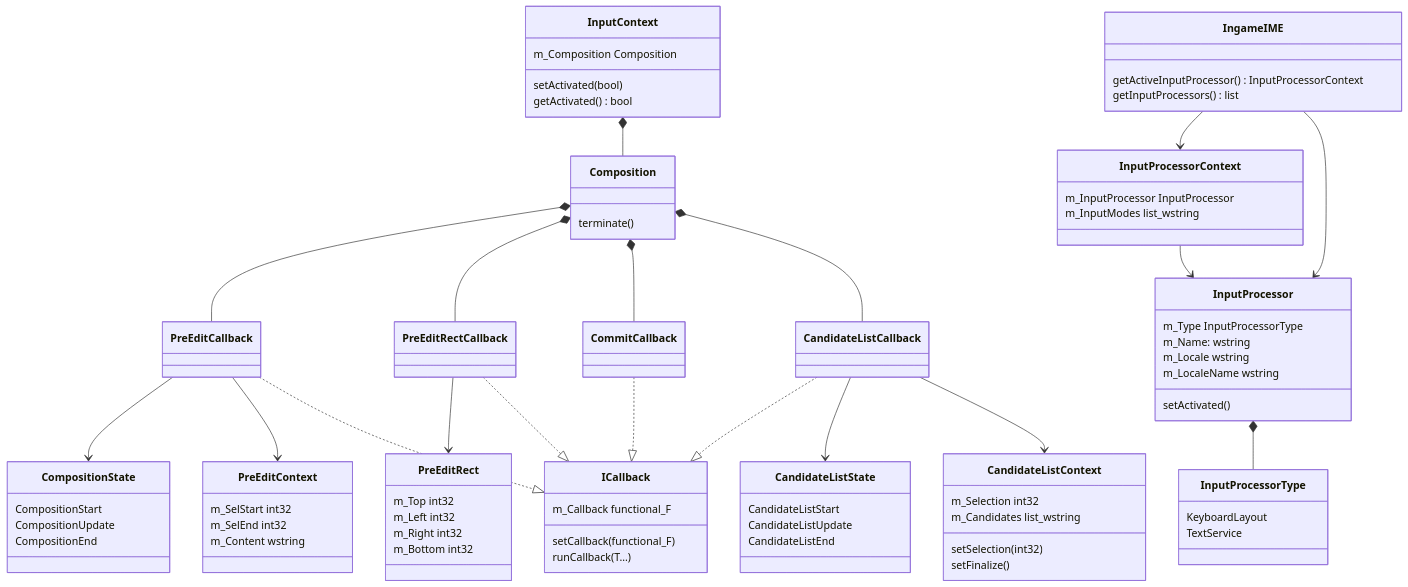
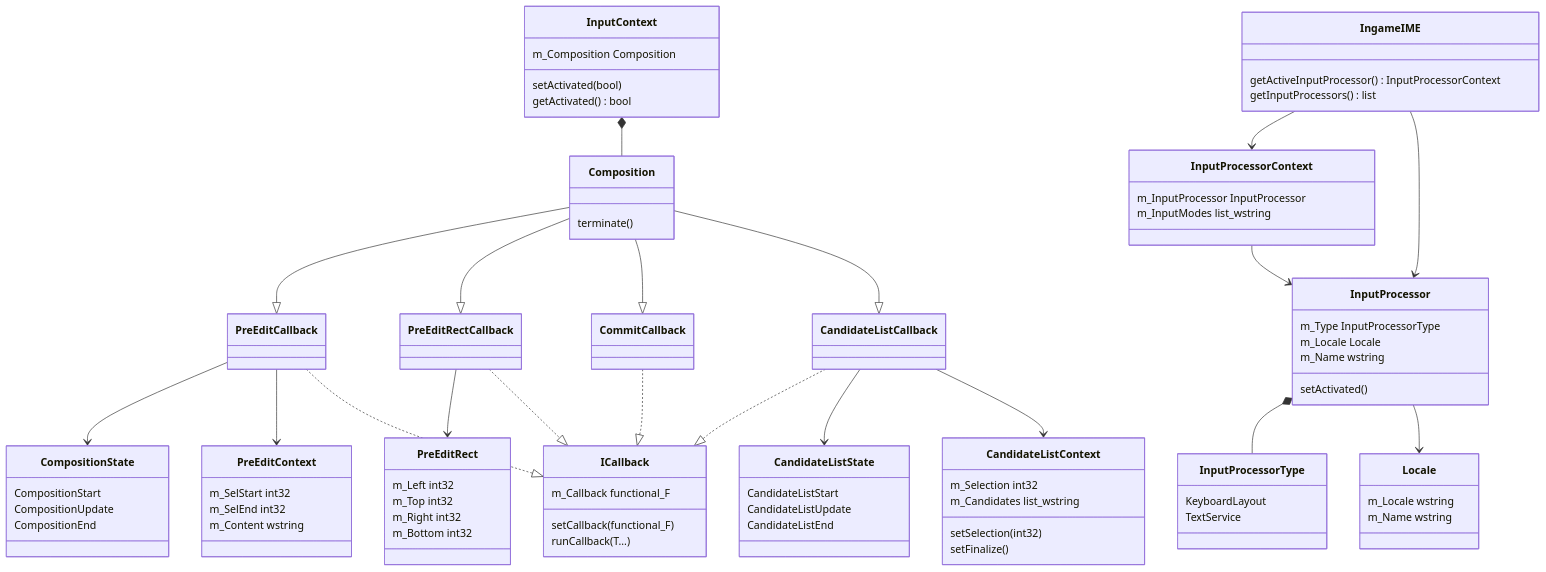
Before and after one commit to Windmill-City/IngameIME-Common: the diagram in README.md, drawn with Mermaid. The commit also changed 8 other files, not shown here.

```diff
--- a/README.md
+++ b/README.md
@@ -18,8 +18,8 @@
 class PreEditCallback
 
 class PreEditRect{
+    m_Left int32
     m_Top int32
-    m_Left int32
     m_Right int32
     m_Bottom int32
 }
@@ -55,11 +55,15 @@
     setActivated(bool)
     getActivated() bool
 }
+
+class Locale{
+    m_Locale wstring
+    m_Name wstring
+}
 class InputProcessor{
     m_Type InputProcessorType
-    m_Name: wstring
-    m_Locale wstring
-    m_LocaleName wstring
+    m_Locale Locale
+    m_Name wstring
 
     setActivated()
 }
@@ -91,12 +95,13 @@
 
 CommitCallback ..|> ICallback
 
-Composition *-- PreEditCallback
-Composition *-- PreEditRectCallback
-Composition *-- CommitCallback
-Composition *-- CandidateListCallback
+Composition --|> PreEditCallback
+Composition --|> PreEditRectCallback
+Composition --|> CommitCallback
+Composition --|> CandidateListCallback
 
 InputProcessor *-- InputProcessorType
+InputProcessor --> Locale
 
 InputProcessorContext --> InputProcessor
 
```
